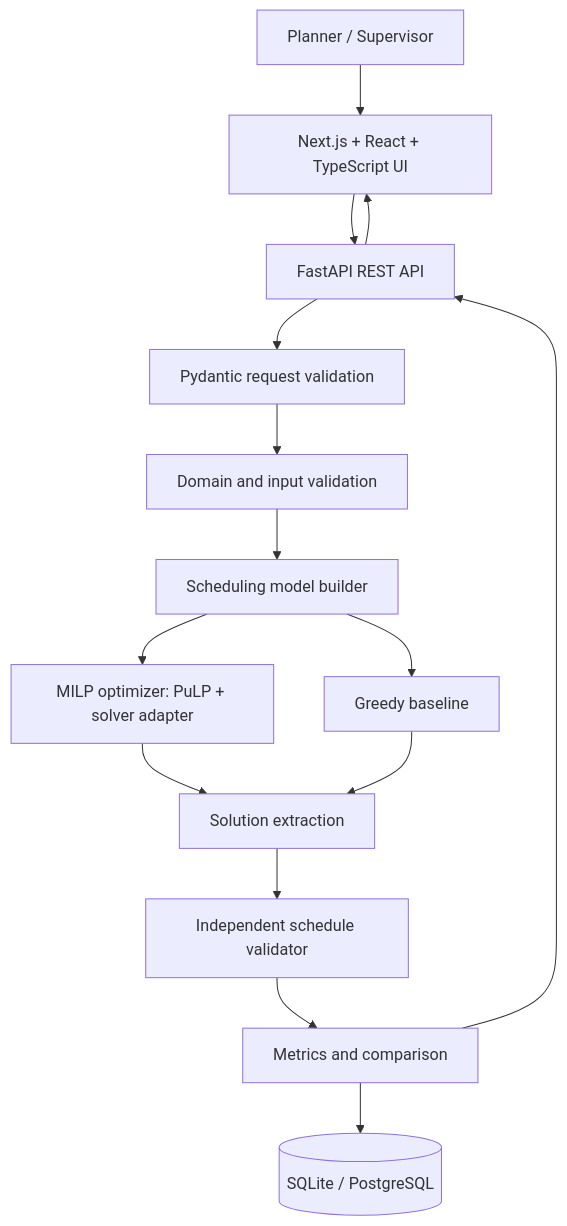
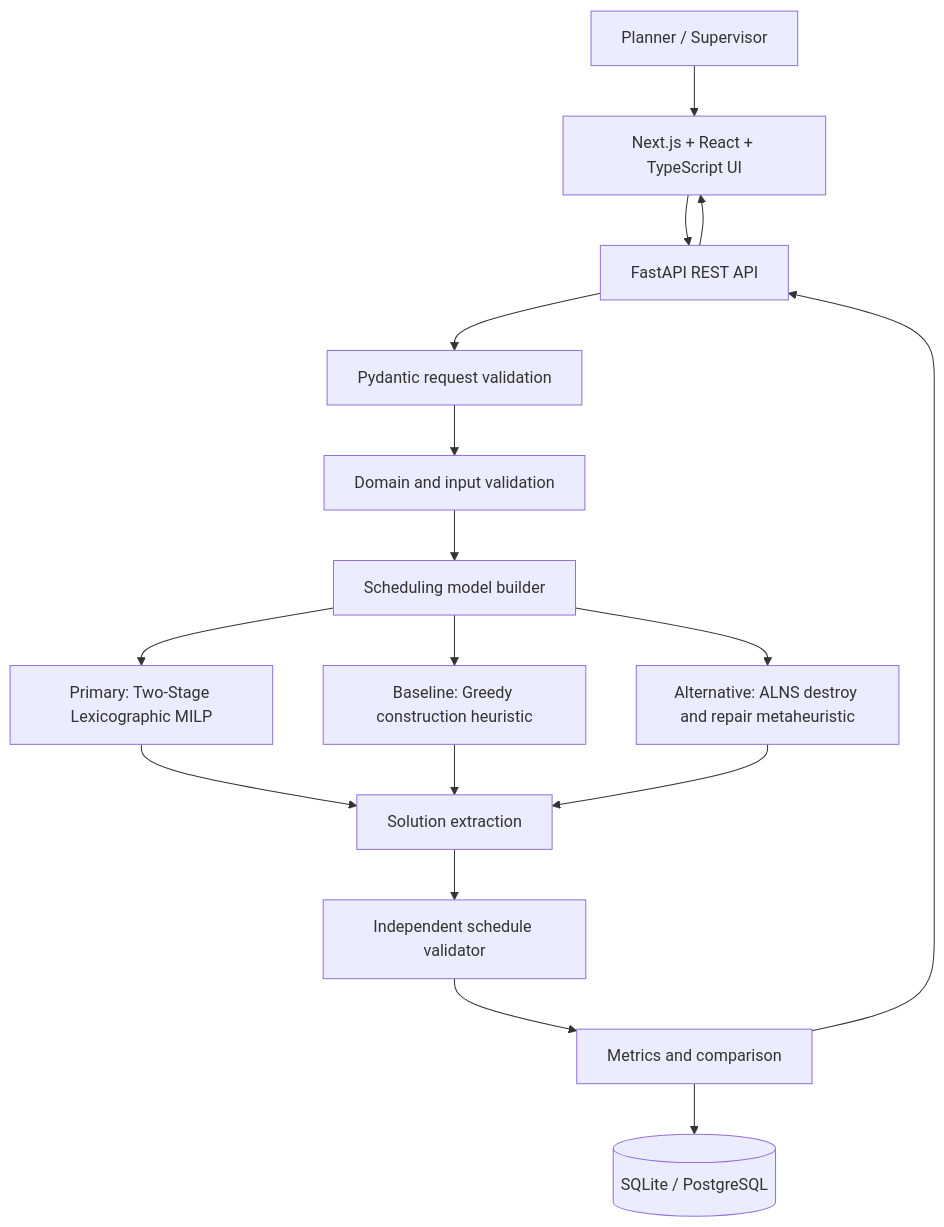
One commit to git791/Ordivanta changed the diagram in README.md. Above: the diagram before and after it, drawn with Mermaid. The commit also changed other lines of this file, not shown here.

Commit message:
docs: align README with two-stage lexicographic MILP, temporal rest constraints, and academic literature

````diff
--- a/README.md
+++ b/README.md
@@ -52,17 +52,19 @@
 ```mermaid
 flowchart TD
     U[Planner / Supervisor] --> FE[Next.js + React + TypeScript UI]
     FE --> API[FastAPI REST API]
     API --> SCHEMA[Pydantic request validation]
     SCHEMA --> DATA[Domain and input validation]
     DATA --> MODEL[Scheduling model builder]
-    MODEL --> MILP[MILP optimizer: PuLP + solver adapter]
-    MODEL --> GREEDY[Greedy baseline]
+    MODEL --> MILP[Primary: Two-Stage Lexicographic MILP]
+    MODEL --> GREEDY[Baseline: Greedy construction heuristic]
+    MODEL --> ALNS[Alternative: ALNS destroy and repair metaheuristic]
     MILP --> EXTRACT[Solution extraction]
     GREEDY --> EXTRACT
+    ALNS --> EXTRACT
     EXTRACT --> VALIDATE[Independent schedule validator]
     VALIDATE --> METRICS[Metrics and comparison]
     METRICS --> DB[(SQLite / PostgreSQL)]
     METRICS --> API
     API --> FE
 ```
````
